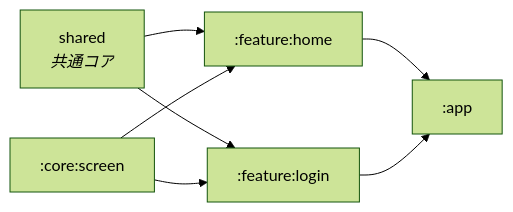
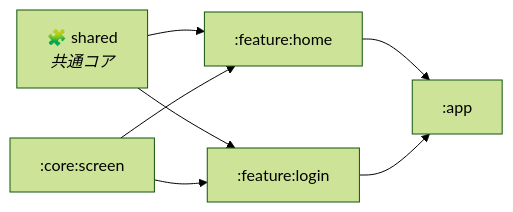
Before and after one commit to yossibank/android-app-template: the second of 2 diagrams in README.md, drawn with Mermaid (forest theme). The commit also changed other lines of this file and 1 other file, not shown here.

Commit message:
Organize the README and CLAUDE.md with tables, diagrams and alerts

````diff
--- a/README.md
+++ b/README.md
@@ -37,14 +38,14 @@
 ```mermaid
 flowchart LR
-    SHARED["shared<br/><i>共通コア</i>"]
+    SHARED["🧩 shared<br/><i>共通コア</i>"]
     SCREEN[":core:screen"]
     HOME[":feature:home"]
     LOGIN[":feature:login"]
     APP[":app"]
     SHARED --> HOME
     SCREEN --> HOME
     SHARED --> LOGIN
     SCREEN --> LOGIN
     HOME --> APP
     LOGIN --> APP
 ```
````
